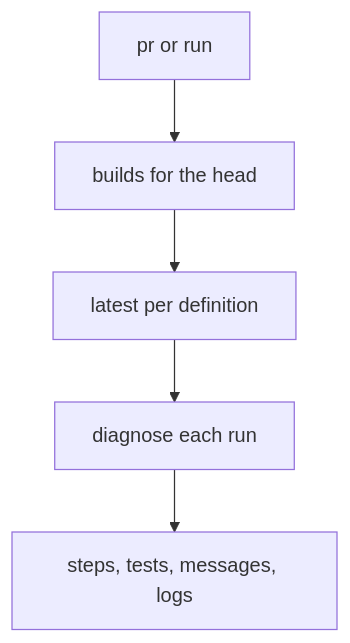
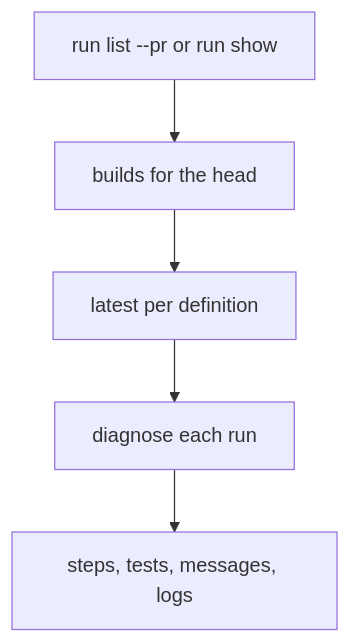
Before and after one commit to kkolodziejczak/Ado-Tools: the third of 4 diagrams in README.md, drawn with Mermaid. The commit also changed other lines of this file and 61 other files, not shown here.

````diff
--- a/README.md
+++ b/README.md
@@ -286,7 +295,7 @@
 ```mermaid
 flowchart TD
-    A[pr or run] --> B[builds for the head]
-    B --> C[latest per definition]
-    C --> D[diagnose each run]
-    D --> E[steps, tests, messages, logs]
+    A["run list --pr or run show"] --> B["builds for the head"]
+    B --> C["latest per definition"]
+    C --> D["diagnose each run"]
+    D --> E["steps, tests, messages, logs"]
 ```
````
